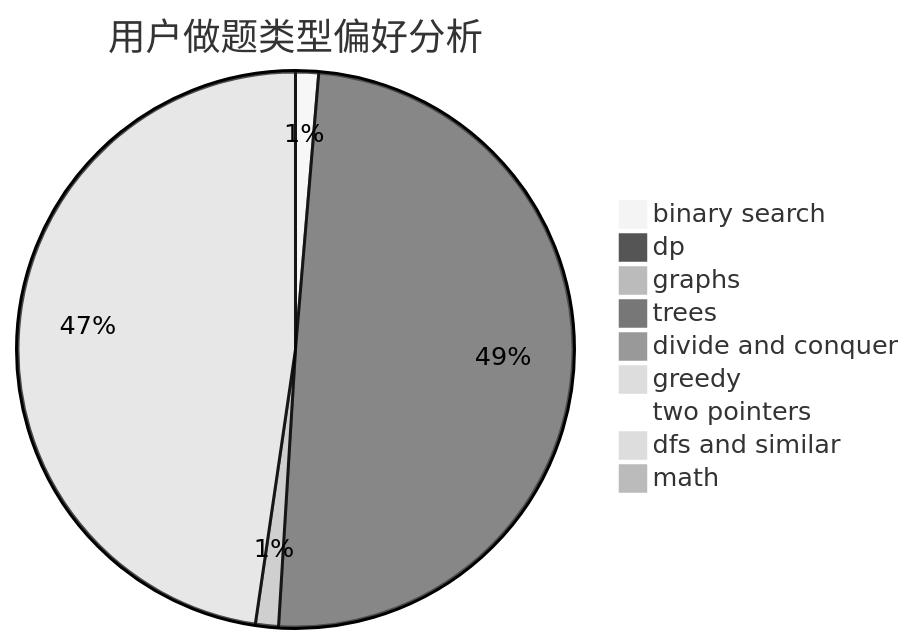
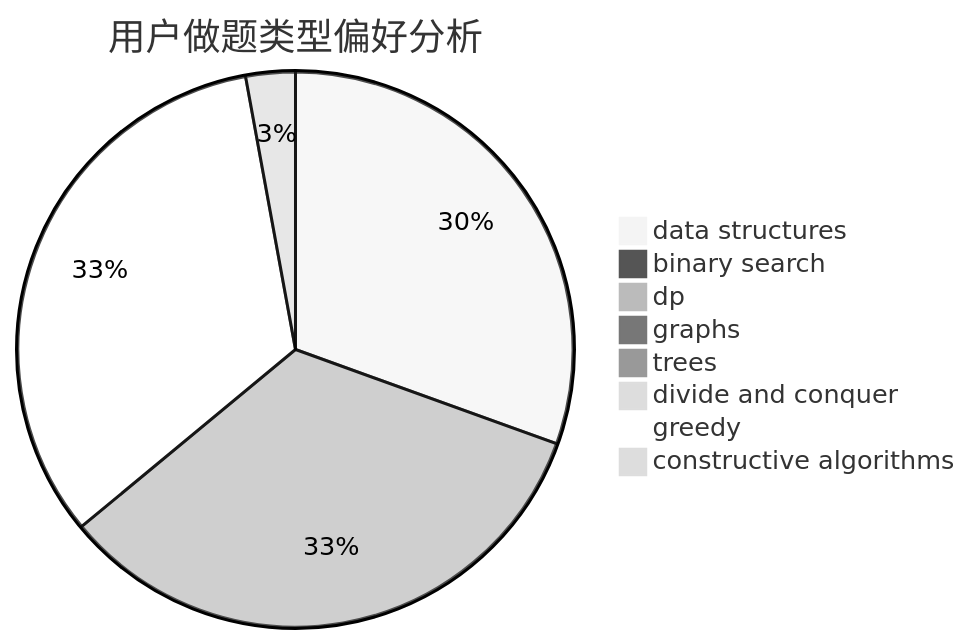
One commit to sherpahu/cfrs.github.io changed the second of 3 diagrams in docs/user/u2136.md. Above: the diagram before and after it, drawn with Mermaid (neutral theme). The commit also changed other lines of this file and 2775 other files, not shown here.

````diff
--- a/docs/user/u2136.md
+++ b/docs/user/u2136.md
@@ -23,12 +23,11 @@
 ```mermaid
 pie title 用户做题类型偏好分析
+    "data structures" :  339
     "binary search" :  11
-    "dp" :  408
-    "graphs" :  11
+    "dp" :  372
+    "graphs" :  3
     "trees" :  0
     "divide and conquer" :  0
-    "greedy" :  392
-    "two pointers" :  8
-    "dfs and similar" :  1
-    "math" :  1
+    "greedy" :  368
+    "constructive algorithms" :  32
 ```
````
